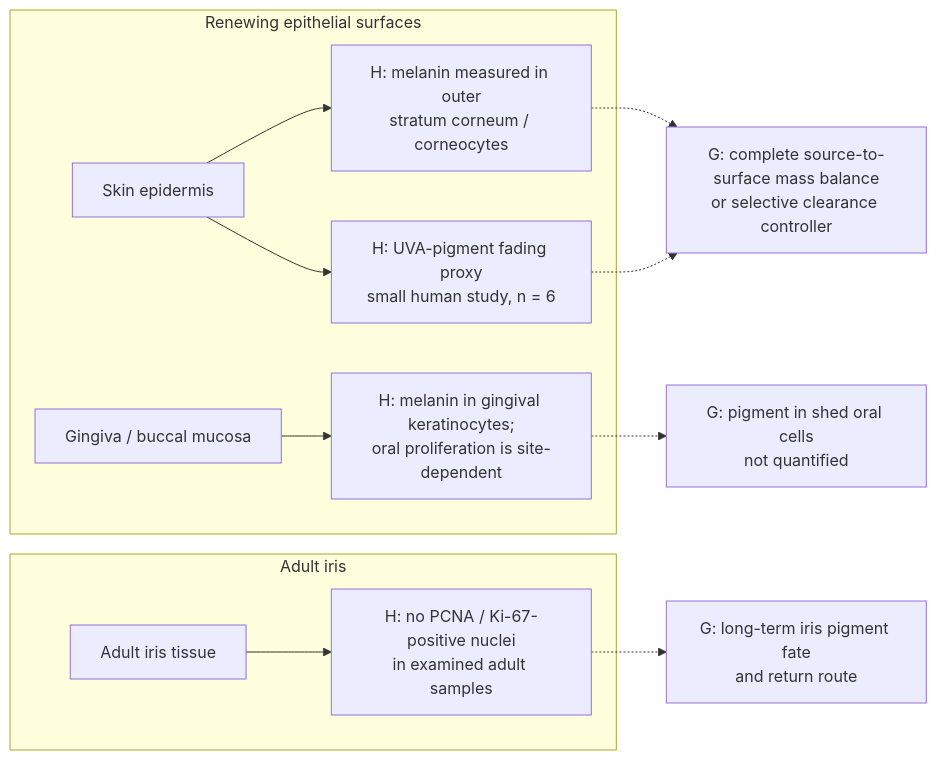
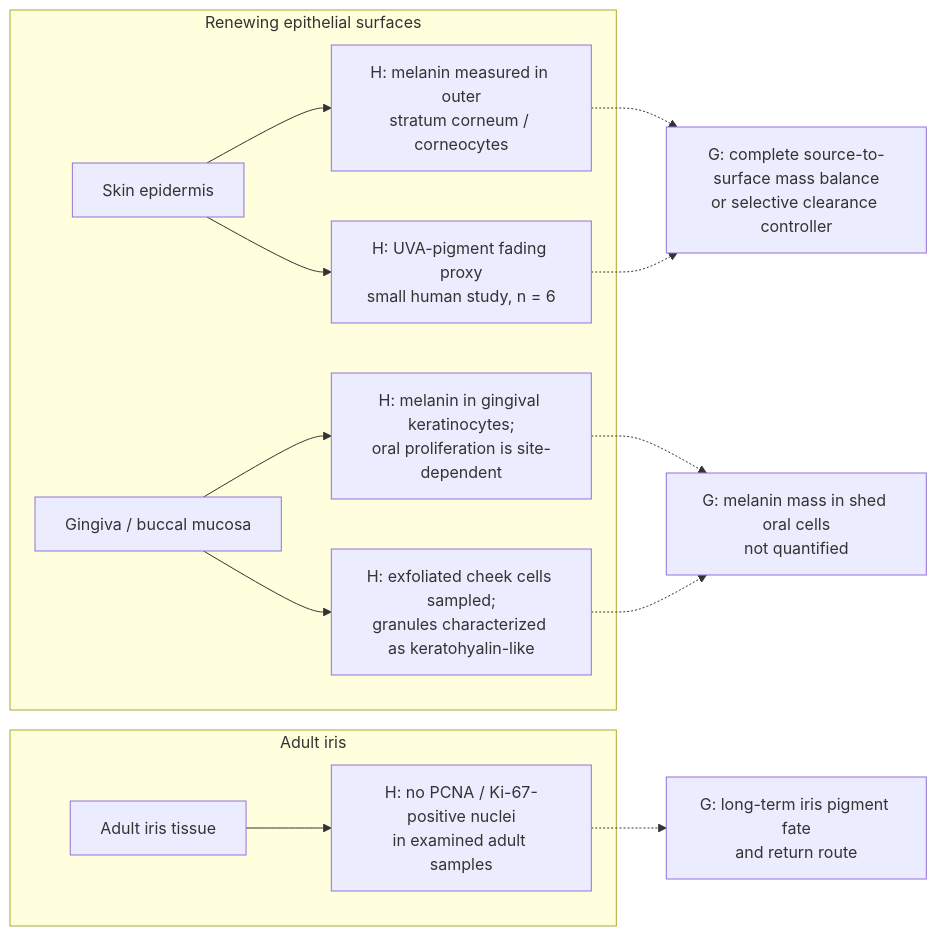
Before and after one commit to dylanstechmann/iris-color-without-contacts: the fifth of 38 diagrams in research/tissue-pigment-atlas.md, drawn with Mermaid. The commit also changed other lines of this file, not shown here.

Commit message:
Clarify evidence on exfoliated oral cells

````diff
--- a/research/tissue-pigment-atlas.md
+++ b/research/tissue-pigment-atlas.md
@@ -139,15 +139,17 @@
 ```mermaid
 flowchart LR
     subgraph surfaces["Renewing epithelial surfaces"]
         Skin["Skin epidermis"] --> SkinEvidence["H: melanin measured in outer<br/>stratum corneum / corneocytes"]
         Skin --> SkinProxy["H: UVA-pigment fading proxy<br/>small human study, n = 6"]
         Oral["Gingiva / buccal mucosa"] --> OralEvidence["H: melanin in gingival keratinocytes;<br/>oral proliferation is site-dependent"]
+        Oral --> ShedCellEvidence["H: exfoliated cheek cells sampled;<br/>granules characterized as keratohyalin-like"]
     end
     subgraph iris["Adult iris"]
         Iris["Adult iris tissue"] --> IrisEvidence["H: no PCNA / Ki-67-positive nuclei<br/>in examined adult samples"]
     end
     SkinEvidence -.-> SkinGap
     SkinProxy -.-> SkinGap["G: complete source-to-surface mass balance<br/>or selective clearance controller"]
-    OralEvidence -.-> OralGap["G: pigment in shed oral cells<br/>not quantified"]
+    OralEvidence -.-> OralGap["G: melanin mass in shed oral cells<br/>not quantified"]
+    ShedCellEvidence -.-> OralGap
     IrisEvidence -.-> IrisGap["G: long-term iris pigment fate<br/>and return route"]
 ```
````
